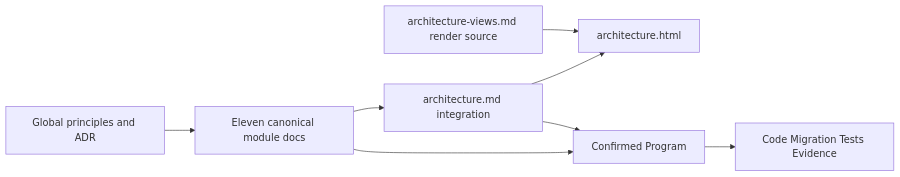
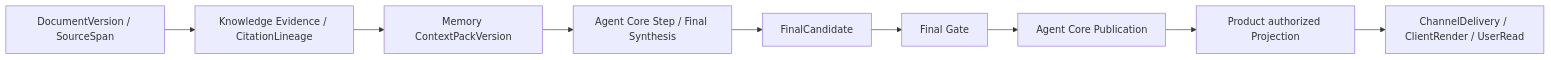
One commit to ProfessorZhi/Zuno changed the third of 30 diagrams in .agent/architecture/architecture-views.md. Above: the diagram before and after it, drawn with Mermaid. The commit also changed other lines of this file and 22 other files, not shown here.

Commit message:
docs: realign total architecture with canonical modules

````diff
--- a/.agent/architecture/architecture-views.md
+++ b/.agent/architecture/architecture-views.md
@@ -50,9 +58,11 @@
 ```mermaid
 flowchart LR
-  ADR[Global principles and ADR] --> MOD[Eleven canonical module docs]
-  MOD --> ARCH[architecture.md integration]
-  ARCH --> HTML[architecture.html]
-  VIEWS[architecture-views.md render source] --> HTML
-  MOD & ARCH --> PROGRAM[Confirmed Program]
-  PROGRAM --> CODE[Code Migration Tests Evidence]
+  SOURCE[DocumentVersion / SourceSpan] --> EVID[Knowledge Evidence / CitationLineage]
+  EVID --> CONTEXT[Memory ContextPackVersion]
+  CONTEXT --> CORE[Agent Core Step / Final Synthesis]
+  CORE --> CAND[FinalCandidate]
+  CAND --> GATE[Final Gate]
+  GATE --> PUB[Agent Core Publication]
+  PUB --> VIEW[Product authorized Projection]
+  VIEW --> DELIVERY[ChannelDelivery / ClientRender / UserRead]
 ```
````
